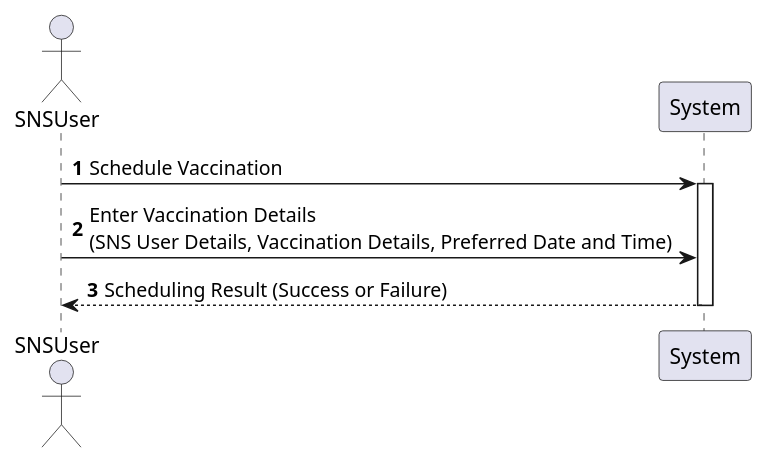
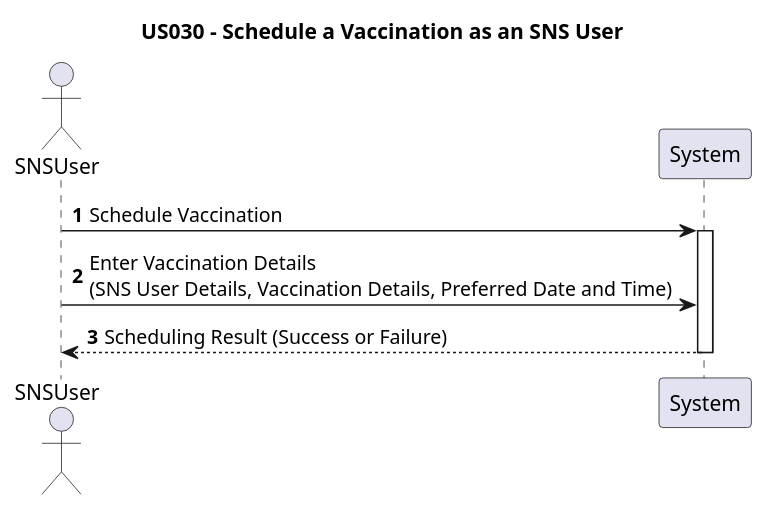
Before and after one commit to tbarracha/upskill-pds-software-development-project-Tiago: the diagram in src/doc/global/User Stories/US030/US030.puml, drawn with PlantUML. The commit also changed 12 other files, not shown here.

```diff
--- a/src/doc/global/User Stories/US030/US030.puml
+++ b/src/doc/global/User Stories/US030/US030.puml
@@ -1,15 +1,16 @@
 @startuml
+title US030 - Schedule a Vaccination as an SNS User
 autonumber
 actor SNSUser
 
 SNSUser -> System: Schedule Vaccination
 activate System
 
 ' SNS User provides details for the vaccination scheduling
 SNSUser -> System: Enter Vaccination Details\n(SNS User Details, Vaccination Details, Preferred Date and Time)
 
 ' System processes the request and confirms the vaccination scheduling
 System --> SNSUser: Scheduling Result (Success or Failure)
 
 deactivate System
 @enduml
```
